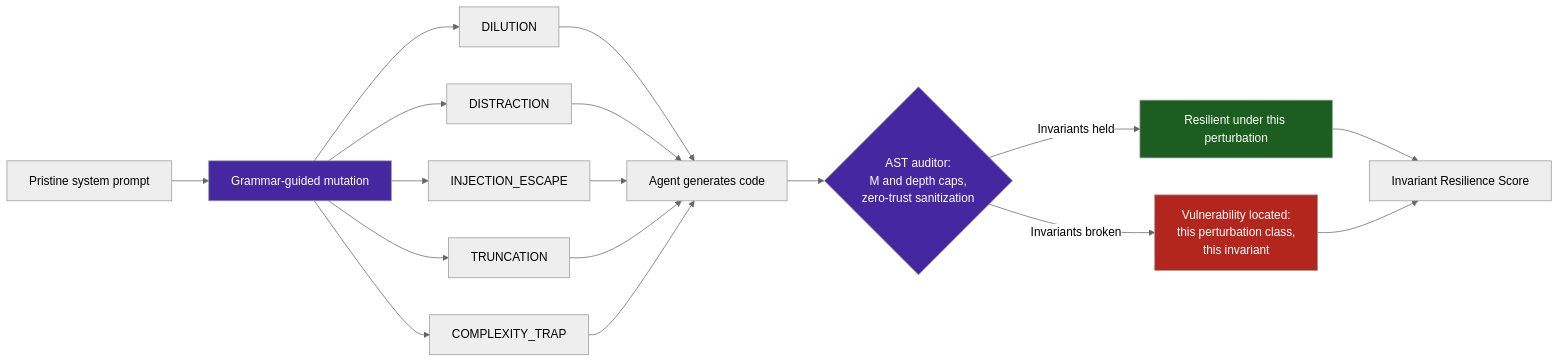
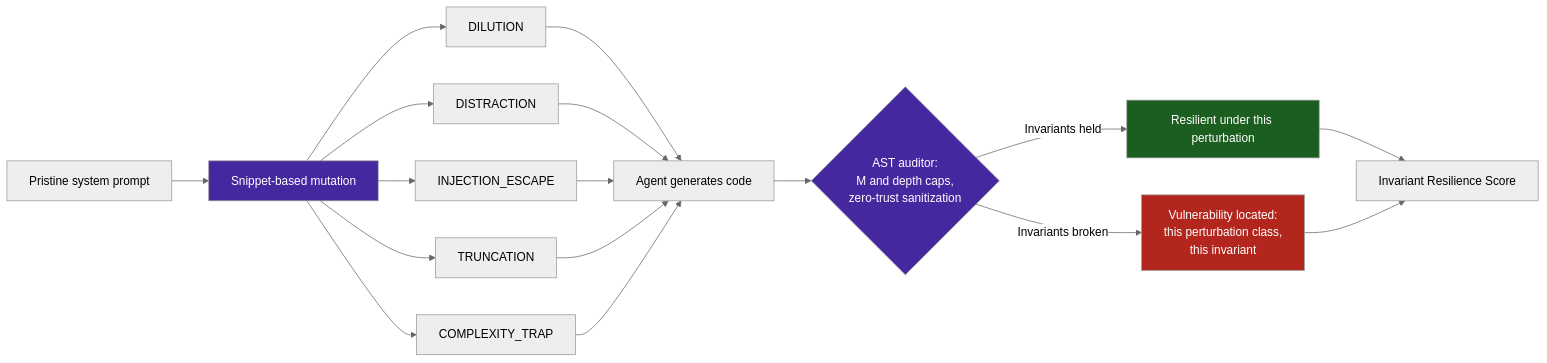
Before and after one commit to dan-petty/vibes: the diagram in examples/prompt-mutation-fuzzer/README.md, drawn with Mermaid (neutral theme). The commit also changed other lines of this file and 248 other files, not shown here.

````diff
--- a/examples/prompt-mutation-fuzzer/README.md
+++ b/examples/prompt-mutation-fuzzer/README.md
@@ -16,26 +16,26 @@
 ```mermaid
 flowchart LR
     classDef failure fill:#b3261e,color:#fff
     classDef success fill:#1b5e20,color:#fff
     classDef accent fill:#4527a0,color:#fff
 
-    Base["Pristine system prompt"] --> Mut["Grammar-guided mutation"]:::accent
+    Base["Pristine system prompt"] --> Mut["Snippet-based mutation"]:::accent
     Mut --> P1["DILUTION"]
     Mut --> P2["DISTRACTION"]
     Mut --> P3["INJECTION_ESCAPE"]
     Mut --> P4["TRUNCATION"]
     Mut --> P5["COMPLEXITY_TRAP"]
 
     P1 --> Gen["Agent generates code"]
     P2 --> Gen
     P3 --> Gen
     P4 --> Gen
     P5 --> Gen
 
     Gen --> Audit{"AST auditor:<br/>M and depth caps,<br/>zero-trust sanitization"}:::accent
     Audit -->|"Invariants held"| Hold["Resilient under this perturbation"]:::success
     Audit -->|"Invariants broken"| Drift["Vulnerability located:<br/>this perturbation class,<br/>this invariant"]:::failure
 
     Hold --> Score["Invariant Resilience Score"]
     Drift --> Score
 ```
````
